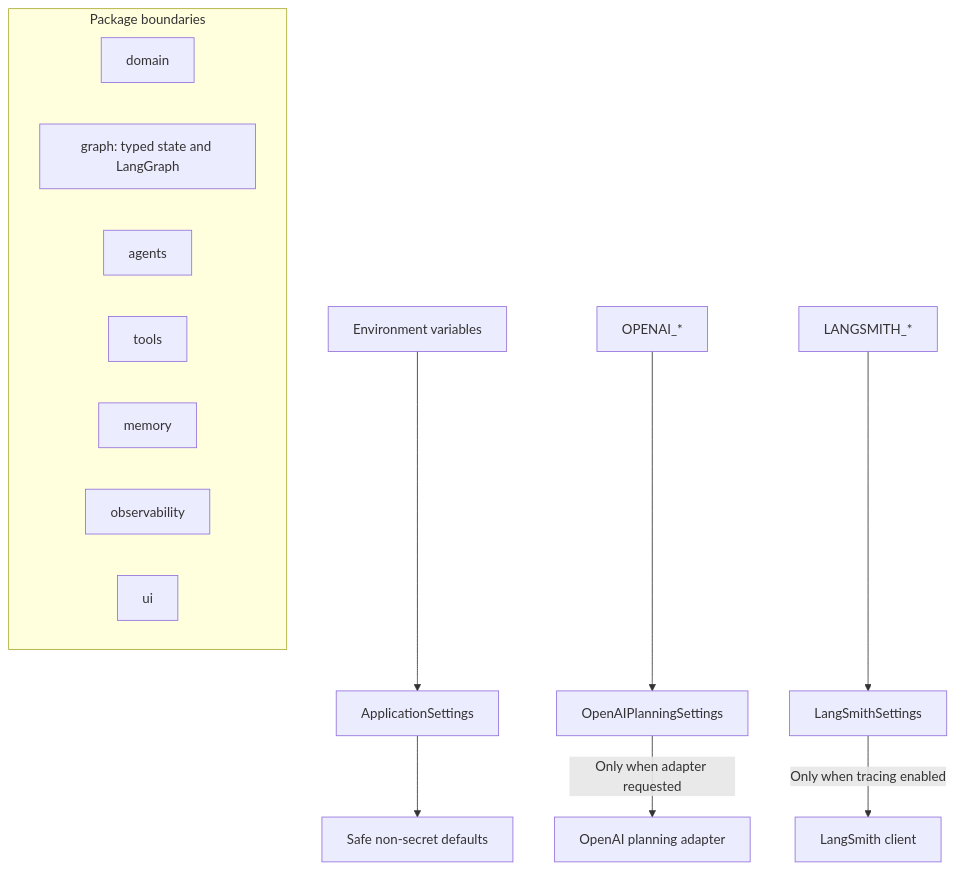
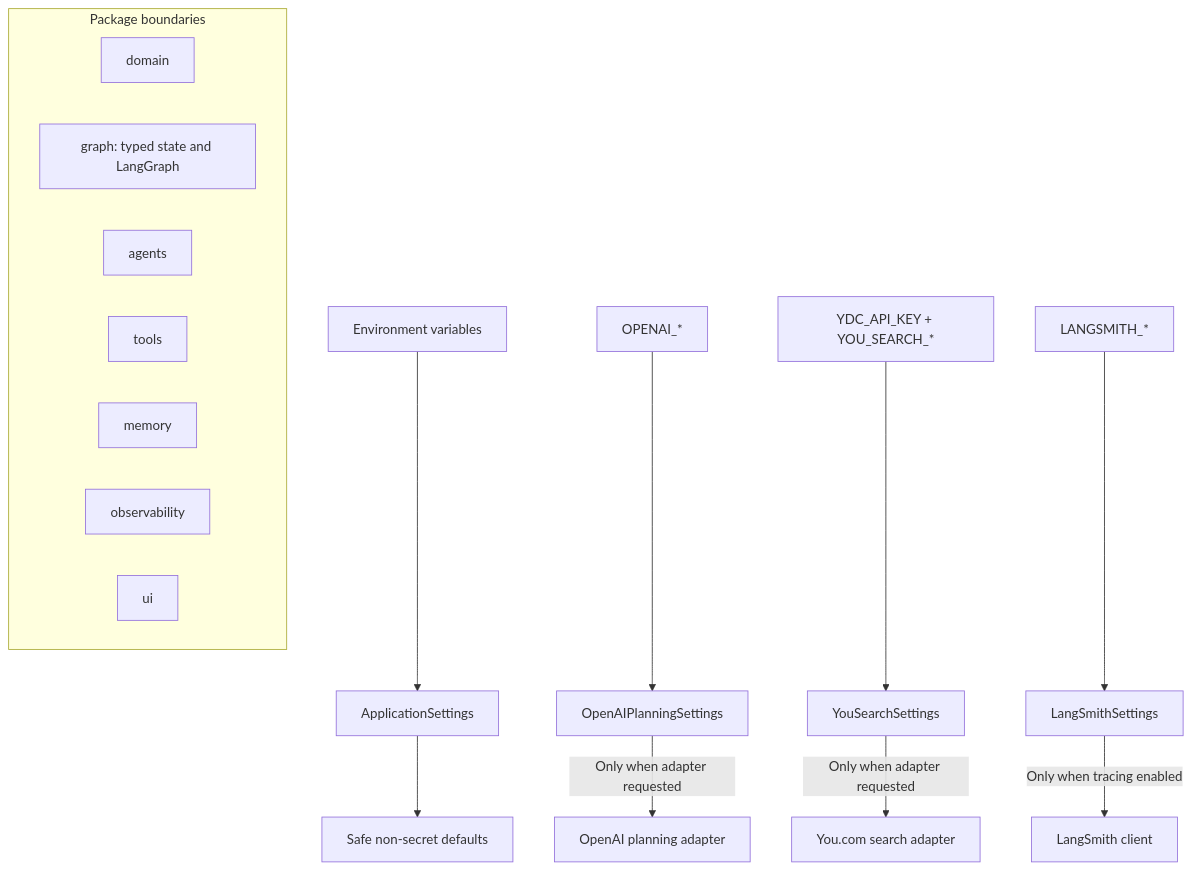
Before and after one commit to shanly-rajan/ai-builder: diagram 11 of 13 in projects/scholar-path/docs/architecture.md, drawn with Mermaid. The commit also changed other lines of this file and 34 other files, not shown here.

Commit message:
feat: add ScholarPath M4 You.com discovery

````diff
--- a/projects/scholar-path/docs/architecture.md
+++ b/projects/scholar-path/docs/architecture.md
@@ -275,19 +336,21 @@
 ```mermaid
 flowchart TB
     ENV[Environment variables] --> CFG[ApplicationSettings]
     CFG --> DEFAULTS[Safe non-secret defaults]
     OAIENV[OPENAI_*] --> OAICFG[OpenAIPlanningSettings]
     OAICFG -->|Only when adapter requested| OAIADAPTER[OpenAI planning adapter]
+    YDCENV[YDC_API_KEY + YOU_SEARCH_*] --> YOUCFG[YouSearchSettings]
+    YOUCFG -->|Only when adapter requested| YOUADAPTER[You.com search adapter]
     LSENV[LANGSMITH_*] --> LSCFG[LangSmithSettings]
     LSCFG -->|Only when tracing enabled| LSCLIENT[LangSmith client]
 
     subgraph Package boundaries
         DOMAIN[domain]
         GRAPH[graph: typed state and LangGraph]
         AGENTS[agents]
         TOOLS[tools]
         MEMORY[memory]
         OBS[observability]
         UI[ui]
     end
 ```
````
